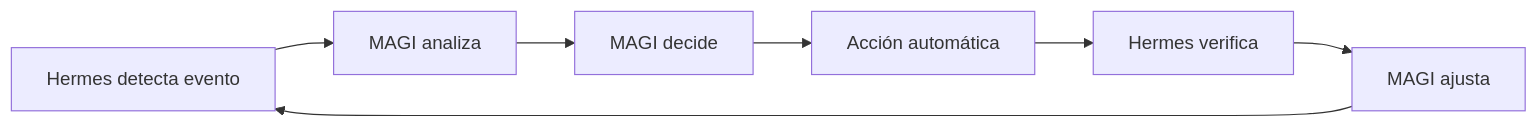
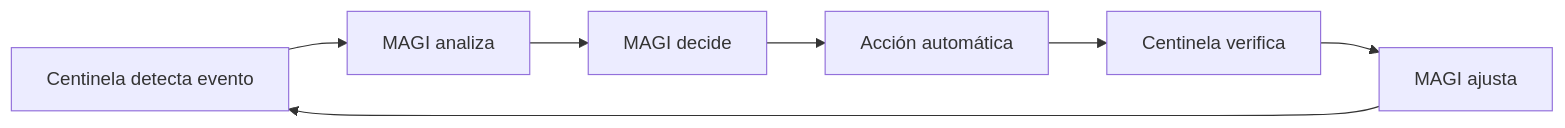
One commit to JoyanLabs/magi changed the second of 3 diagrams in PLAN.md. Above: the diagram before and after it, drawn with Mermaid. The commit also changed other lines of this file and 1 other file, not shown here.

Commit message:
docs: rename 'Hermes' to 'Centinela' across all documentation

````diff
--- a/PLAN.md
+++ b/PLAN.md
@@ -274,9 +274,9 @@
 ```mermaid
 flowchart LR
-    H[Hermes detecta evento] --> M[MAGI analiza]
+    H[Centinela detecta evento] --> M[MAGI analiza]
     M --> D[MAGI decide]
     D --> A[Acción automática]
-    A --> V[Hermes verifica]
+    A --> V[Centinela verifica]
     V --> J[MAGI ajusta]
     J --> H
 ```
````
